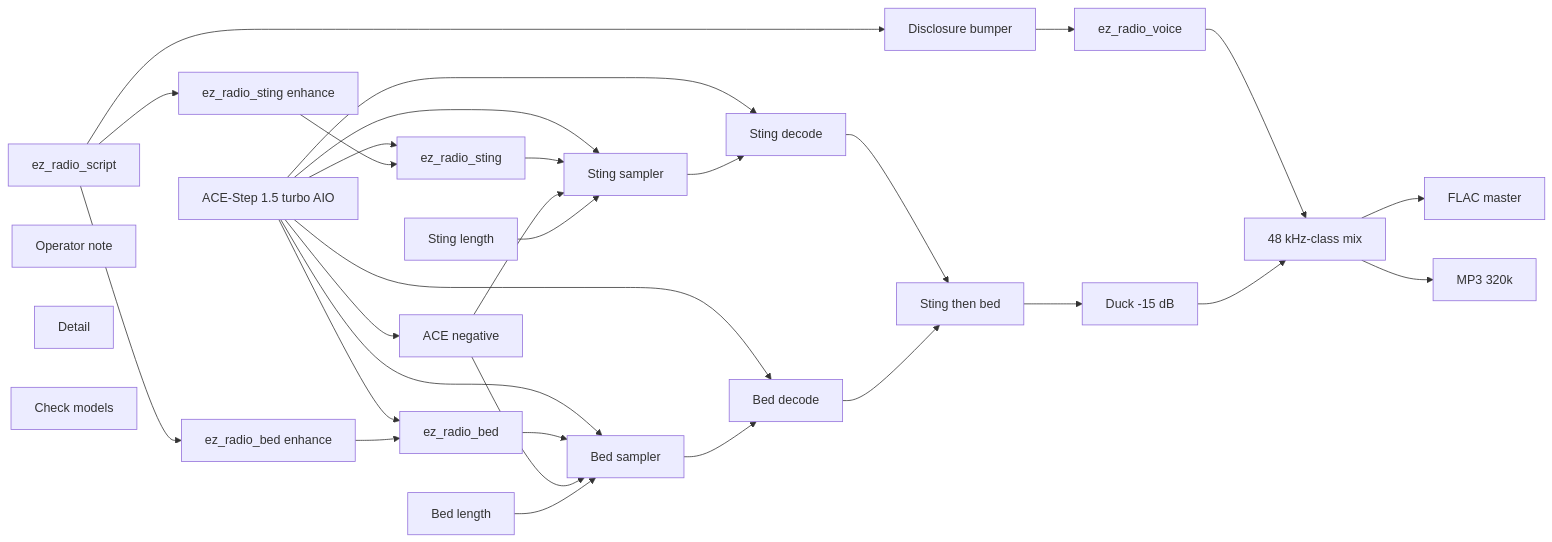
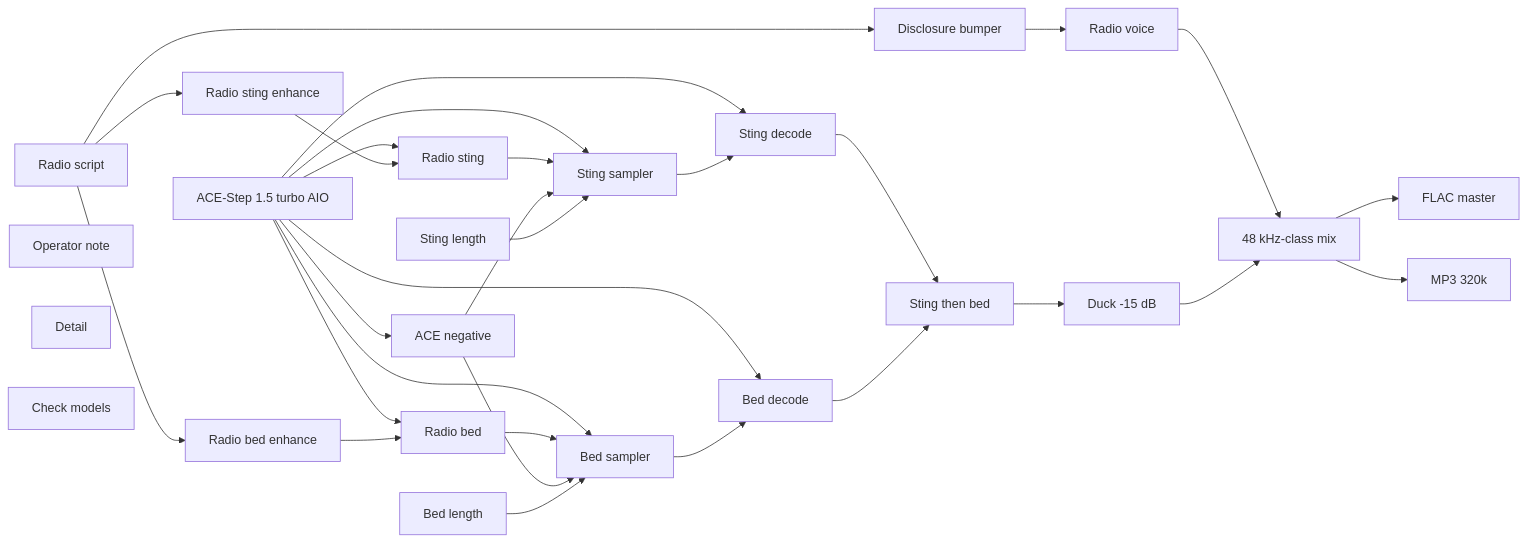
Before and after one commit to toxicoder/ez-comfy-stack: the diagram in docs/generated/workflows/audio/podcast/radio-drama.md, drawn with Mermaid. The commit also changed other lines of this file and 13 other files, not shown here.

First line of the commit message:
fix: keep graph slugs off the podcast and dub canvas

````diff
--- a/docs/generated/workflows/audio/podcast/radio-drama.md
+++ b/docs/generated/workflows/audio/podcast/radio-drama.md
@@ -55,54 +55,54 @@
 ```mermaid
 flowchart LR
   N1["ACE-Step 1.5 turbo AIO"]
-  N2["ez_radio_script"]
+  N2["Radio script"]
   N3["Disclosure bumper"]
-  N4["ez_radio_voice"]
-  N5["ez_radio_sting"]
-  N6["ez_radio_bed"]
+  N4["Radio voice"]
+  N5["Radio sting"]
+  N6["Radio bed"]
   N7["ACE negative"]
   N8["Sting length"]
   N9["Bed length"]
   N10["Sting sampler"]
   N11["Bed sampler"]
   N12["Sting decode"]
   N13["Bed decode"]
   N14["Sting then bed"]
   N15["Duck -15 dB"]
   N16["48 kHz-class mix"]
   N17["FLAC master"]
   N18["MP3 320k"]
   N19["Operator note"]
-  N20["ez_radio_sting enhance"]
-  N21["ez_radio_bed enhance"]
+  N20["Radio sting enhance"]
+  N21["Radio bed enhance"]
   N22["Detail"]
   N23["Check models"]
   N1 --> N10
   N1 --> N11
   N1 --> N5
   N1 --> N6
   N1 --> N7
   N1 --> N12
   N1 --> N13
   N2 --> N3
   N2 --> N20
   N2 --> N21
   N3 --> N4
   N4 --> N16
   N5 --> N10
   N6 --> N11
   N7 --> N10
   N7 --> N11
   N8 --> N10
   N9 --> N11
   N10 --> N12
   N11 --> N13
   N12 --> N14
   N13 --> N14
   N14 --> N15
   N15 --> N16
   N16 --> N17
   N16 --> N18
   N20 --> N5
   N21 --> N6
 ```
````
